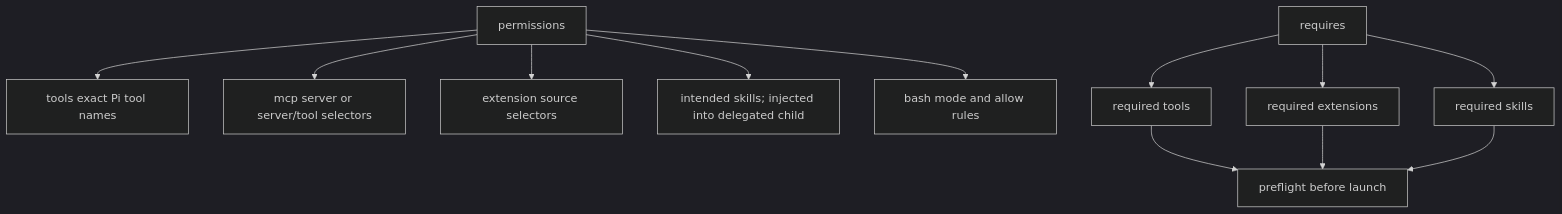
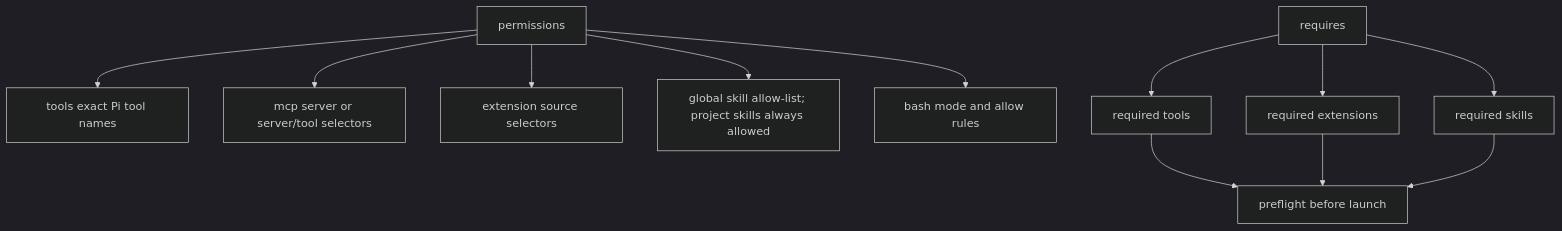
Before and after one commit to wichayutdew/pi-workflows: the fifth of 7 diagrams in openwiki/authoring/workflow-files.md, drawn with Mermaid (dark theme). The commit also changed other lines of this file and 7 other files, not shown here.

Commit message:
fix: allow project workflow skills (#46)

````diff
--- a/openwiki/authoring/workflow-files.md
+++ b/openwiki/authoring/workflow-files.md
@@ -212,14 +212,14 @@
 ```mermaid
 flowchart TD
   Permissions[permissions] --> Tools[tools exact Pi tool names]
   Permissions --> MCP[mcp server or server/tool selectors]
   Permissions --> Extensions[extension source selectors]
-  Permissions --> Skills[intended skills; injected into delegated child]
+  Permissions --> Skills[global skill allow-list; project skills always allowed]
   Permissions --> Bash[bash mode and allow rules]
   Requires[requires] --> ReqTools[required tools]
   Requires --> ReqExt[required extensions]
   Requires --> ReqSkills[required skills]
   ReqTools --> Preflight[preflight before launch]
   ReqExt --> Preflight
   ReqSkills --> Preflight
 ```
````
